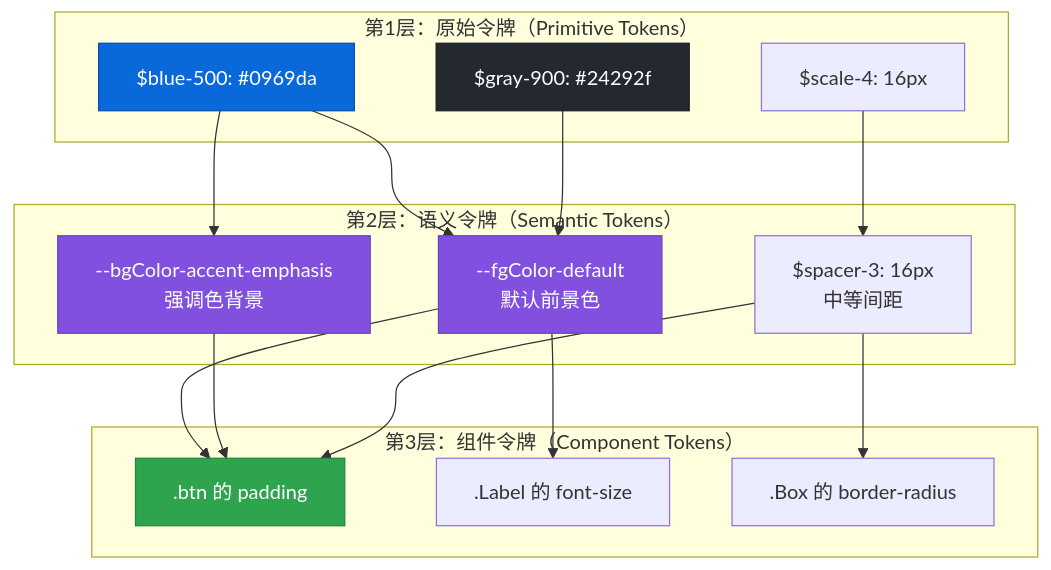
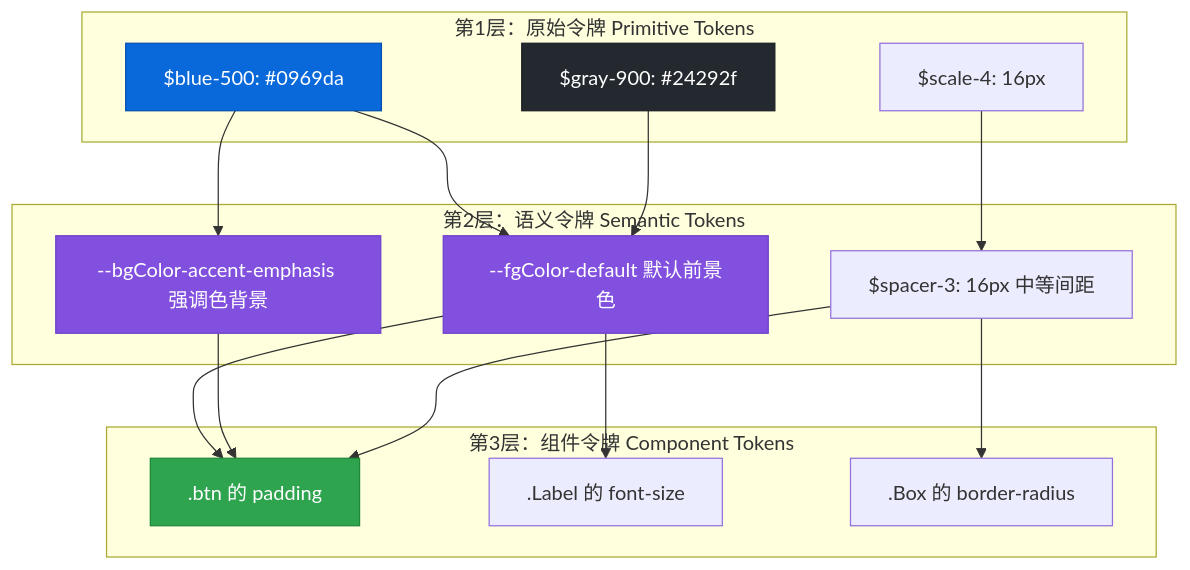
One commit to Cleam/primer-css changed the first of 5 diagrams in learn/04-design-tokens.md. Above: the diagram before and after it, drawn with Mermaid. The commit also changed other lines of this file and 10 other files, not shown here.

First line of the commit message:
Fix mermaid diagram syntax for GitHub rendering compatibility

````diff
--- a/learn/04-design-tokens.md
+++ b/learn/04-design-tokens.md
@@ -49,36 +49,36 @@
 ```mermaid
 graph TB
-    subgraph "第1层：原始令牌（Primitive Tokens）"
+    subgraph "第1层：原始令牌 Primitive Tokens"
         P1["$blue-500: #0969da"]
         P2["$gray-900: #24292f"]
         P3["$scale-4: 16px"]
     end
 
-    subgraph "第2层：语义令牌（Semantic Tokens）"
-        S1["--fgColor-default<br/>默认前景色"]
-        S2["--bgColor-accent-emphasis<br/>强调色背景"]
-        S3["$spacer-3: 16px<br/>中等间距"]
+    subgraph "第2层：语义令牌 Semantic Tokens"
+        S1["--fgColor-default 默认前景色"]
+        S2["--bgColor-accent-emphasis 强调色背景"]
+        S3["$spacer-3: 16px 中等间距"]
     end
 
-    subgraph "第3层：组件令牌（Component Tokens）"
+    subgraph "第3层：组件令牌 Component Tokens"
         C1[".btn 的 padding"]
         C2[".Label 的 font-size"]
         C3[".Box 的 border-radius"]
     end
 
     P1 --> S1
     P1 --> S2
     P2 --> S1
     P3 --> S3
     S1 --> C1
     S2 --> C1
     S3 --> C1
     S1 --> C2
     S3 --> C3
 
     style P1 fill:#0969da,stroke:#0550ae,color:#fff
     style P2 fill:#24292f,stroke:#1b1f24,color:#fff
     style S1 fill:#8250df,stroke:#6e40c9,color:#fff
     style S2 fill:#8250df,stroke:#6e40c9,color:#fff
     style C1 fill:#2ea44f,stroke:#218838,color:#fff
 ```
````
